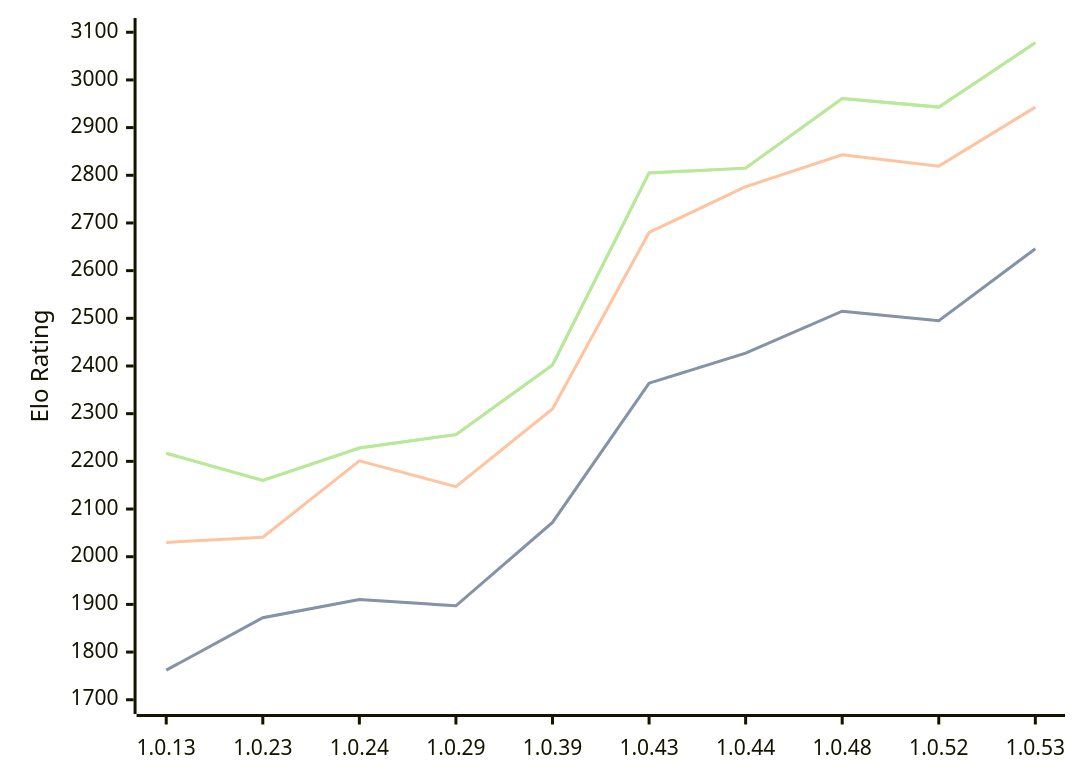
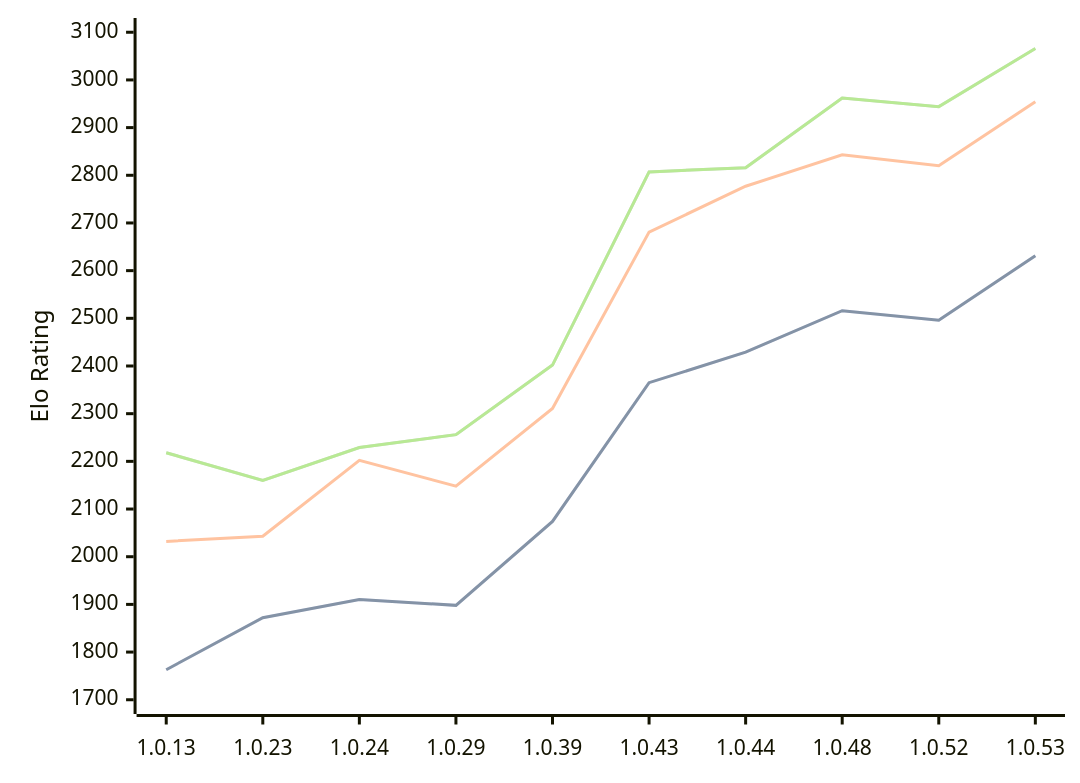
Before and after one commit to computer-chess-index/cci: the diagram in engines/RustyRival.md, drawn with Mermaid. The commit also changed other lines of this file, not shown here.

Commit message:
Update CCI Ratings (ELO VLTC) - 2026-08-15

````diff
--- a/engines/RustyRival.md
+++ b/engines/RustyRival.md
@@ -54,11 +54,11 @@
 ```mermaid
 %%{init: {"theme":"base","themeVariables":{"seriesColors:['#a3a3a3','#222221','#faa371']}}}%%
 xychart-beta
   x-axis ["1.0.13", "1.0.23", "1.0.24", "1.0.29", "1.0.39", "1.0.43", "1.0.44", "1.0.48", "1.0.52", "1.0.53"]
   y-axis "Elo Rating" 1700 --> 3100
-  line "STC (8.0+0.08s)" [1762, 1872, 1910, 1897, 2072, 2364, 2427, 2515, 2495, 2646]
-  line "STC (8.0+0.08s)" [1762, 1872, 1910, 1897, 2072, 2364, 2427, 2515, 2495, 2646]
-  line "LTC (60.0+0.60s)" [2030, 2041, 2201, 2147, 2310, 2680, 2776, 2843, 2819, 2943]
-  line "VLTC (2m24s+1.12s)" [2217, 2160, 2228, 2256, 2402, 2805, 2815, 2961, 2943, 3078]
-  line "VLTC (2m24s+1.12s)" [2217, 2160, 2228, 2256, 2402, 2805, 2815, 2961, 2943, 3078]
+  line "STC (8.0+0.08s)" [1763, 1872, 1910, 1898, 2074, 2365, 2429, 2516, 2496, 2631]
+  line "STC (8.0+0.08s)" [1763, 1872, 1910, 1898, 2074, 2365, 2429, 2516, 2496, 2631]
+  line "LTC (60.0+0.60s)" [2032, 2043, 2202, 2148, 2311, 2681, 2777, 2843, 2820, 2954]
+  line "VLTC (2m24s+1.12s)" [2218, 2160, 2229, 2256, 2402, 2807, 2816, 2962, 2944, 3066]
+  line "VLTC (2m24s+1.12s)" [2218, 2160, 2229, 2256, 2402, 2807, 2816, 2962, 2944, 3066]
 ```
````
